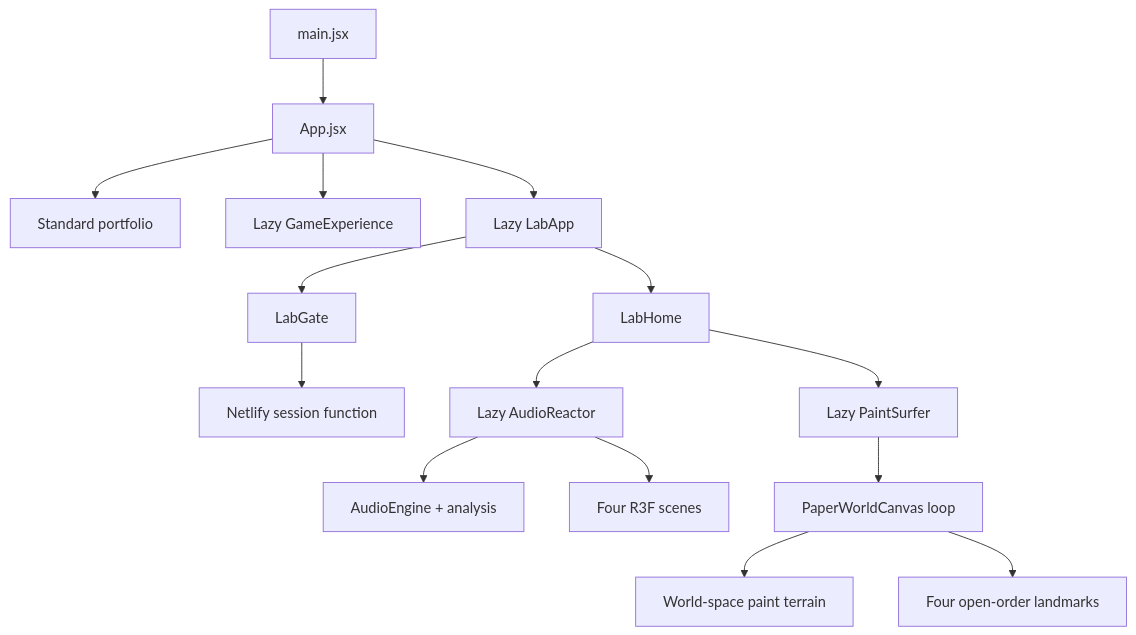
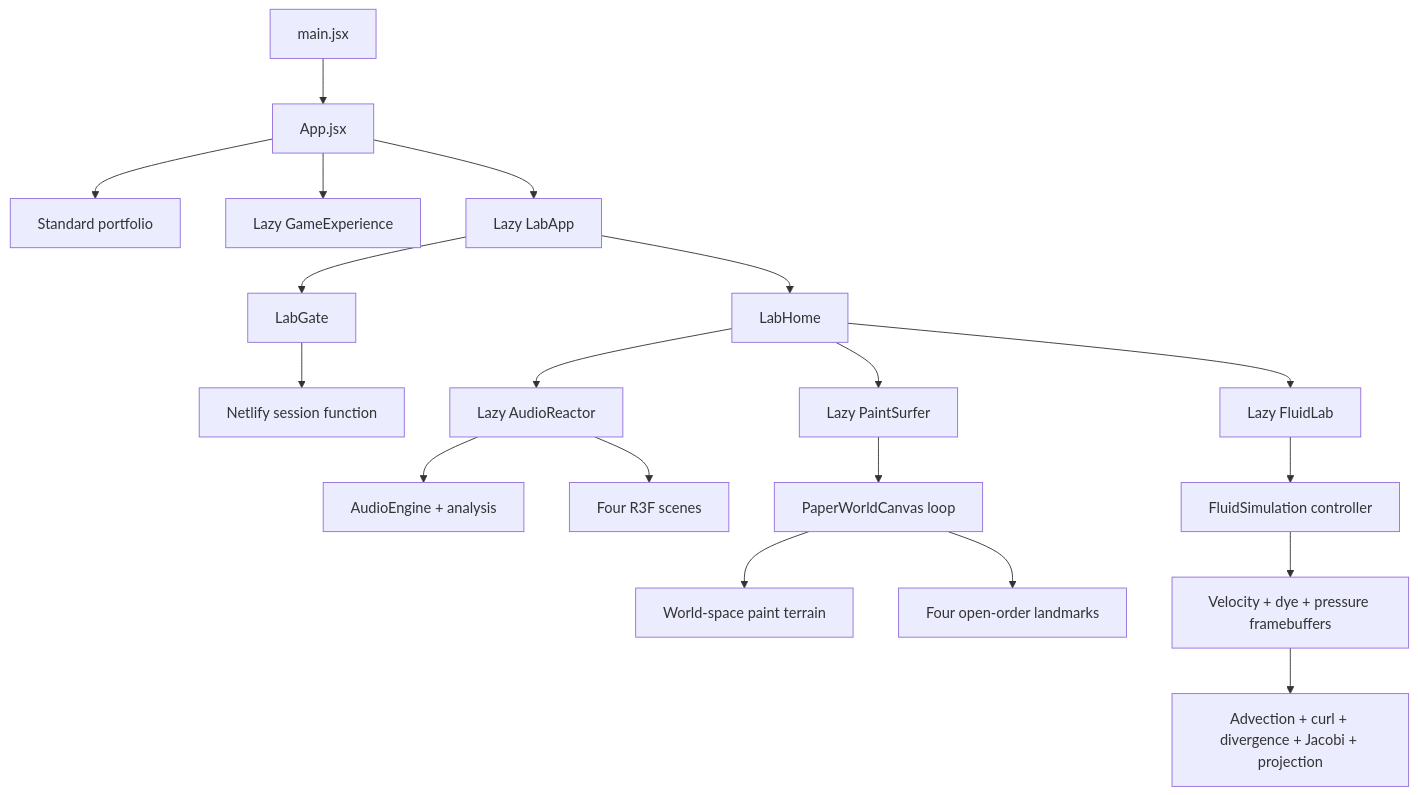
The diagram in README.md (Priitivi/Portfolio), drawn with Mermaid before and after one commit. The commit also changed other lines of this file and 11 other files, not shown here.

````diff
--- a/README.md
+++ b/README.md
@@ -47,17 +49,21 @@
 ```mermaid
 flowchart TD
     Entry[main.jsx] --> App[App.jsx]
     App --> Portfolio[Standard portfolio]
     App --> Fighter[Lazy GameExperience]
     App --> Lab[Lazy LabApp]
     Lab --> Gate[LabGate]
     Gate --> Session[Netlify session function]
     Lab --> Dashboard[LabHome]
     Dashboard --> Reactor[Lazy AudioReactor]
     Dashboard --> Painter[Lazy PaintSurfer]
+    Dashboard --> Fluid[Lazy FluidLab]
     Reactor --> WebAudio[AudioEngine + analysis]
     Reactor --> ReactorScene[Four R3F scenes]
     Painter --> PaperCanvas[PaperWorldCanvas loop]
     PaperCanvas --> Drawing[World-space paint terrain]
     PaperCanvas --> Story[Four open-order landmarks]
+    Fluid --> Solver[FluidSimulation controller]
+    Solver --> Fields[Velocity + dye + pressure framebuffers]
+    Fields --> Passes[Advection + curl + divergence + Jacobi + projection]
 ```
````
